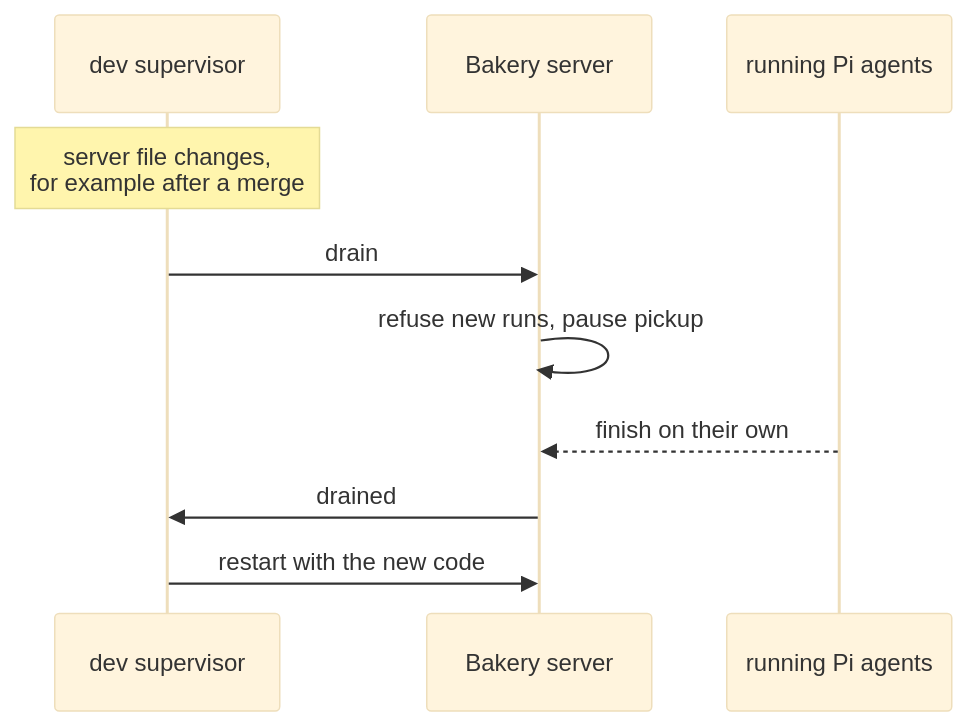
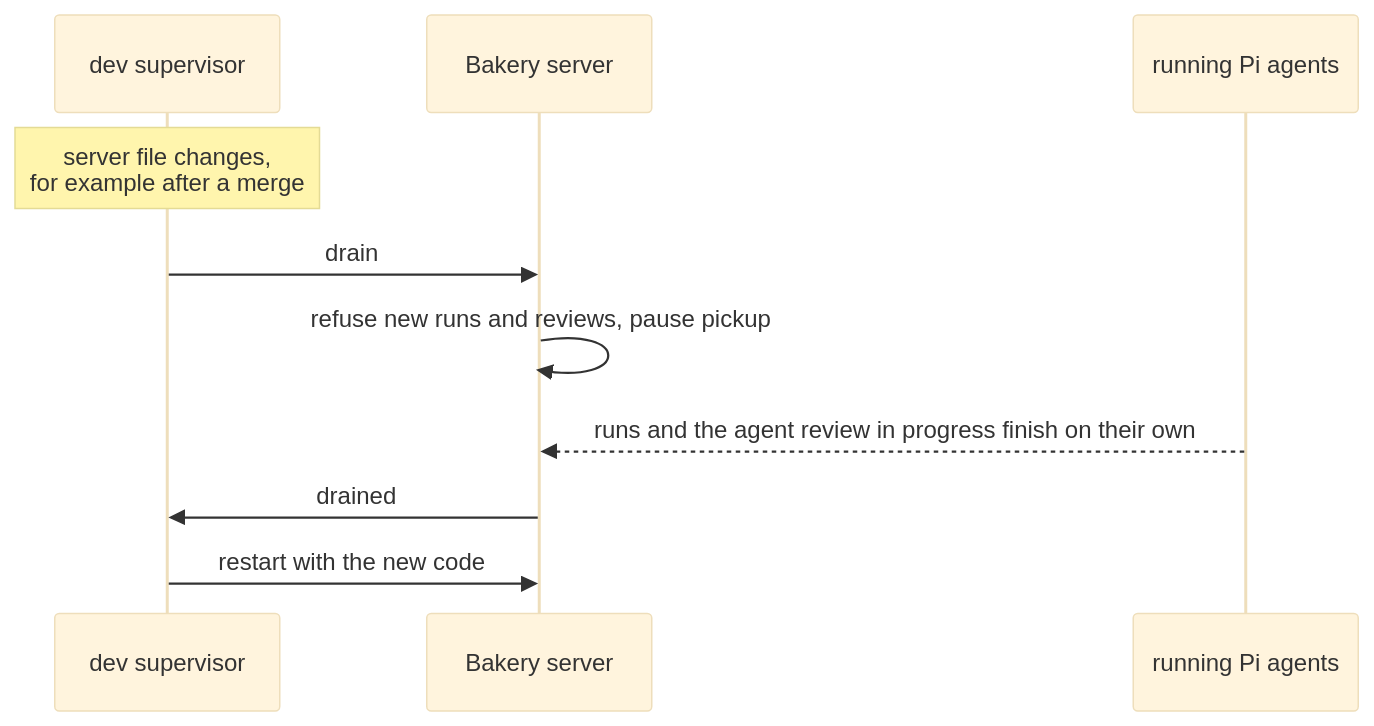
The fifth of 5 diagrams in README.md (aglowinthefield/bakery), drawn with Mermaid (base theme) before and after one commit. The commit also changed other lines of this file and 6 other files, not shown here.

First line of the commit message:
Let restarts wait for agent reviews and requeue interrupted ones

````diff
--- a/README.md
+++ b/README.md
@@ -328,12 +328,12 @@
 ```mermaid
 sequenceDiagram
   participant S as dev supervisor
   participant B as Bakery server
   participant P as running Pi agents
   Note over S: server file changes,<br/>for example after a merge
   S->>B: drain
-  B->>B: refuse new runs, pause pickup
-  P-->>B: finish on their own
+  B->>B: refuse new runs and reviews, pause pickup
+  P-->>B: runs and the agent review in progress finish on their own
   B->>S: drained
   S->>B: restart with the new code
 ```
````
